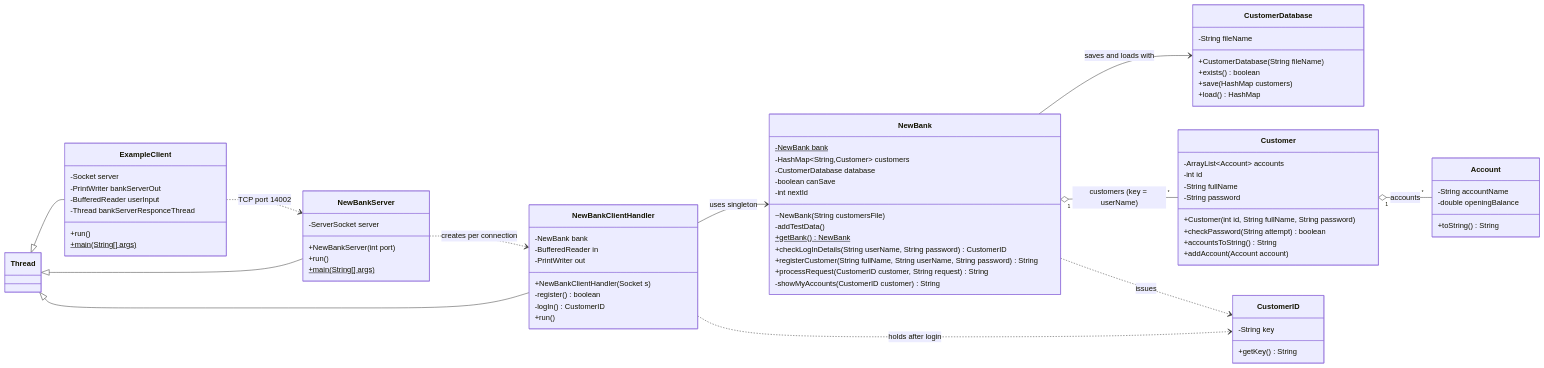
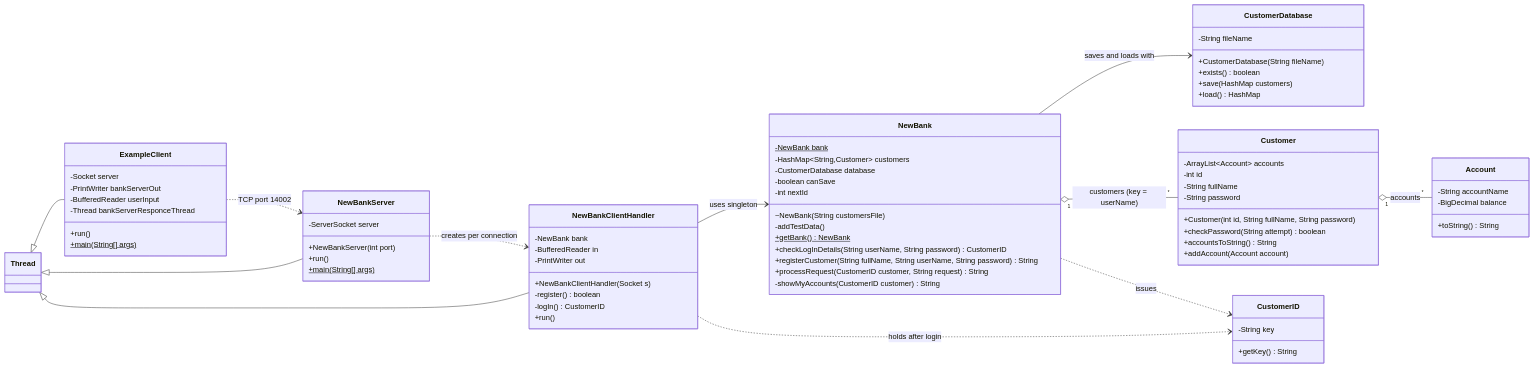
Before and after one commit to jdarguello/bath_new_bank: the third of 9 diagrams in README.md, drawn with Mermaid. The commit also changed other lines of this file and 12 other files, not shown here.

````diff
--- a/README.md
+++ b/README.md
@@ -307,80 +341,80 @@
 ```mermaid
 classDiagram
     direction LR
 
     class NewBankServer {
         -ServerSocket server
         +NewBankServer(int port)
         +run()
         +main(String[] args)$
     }
     class NewBankClientHandler {
         -NewBank bank
         -BufferedReader in
         -PrintWriter out
         +NewBankClientHandler(Socket s)
         -register() boolean
         -logIn() CustomerID
         +run()
     }
     class NewBank {
         -NewBank bank$
         -HashMap~String,Customer~ customers
         -CustomerDatabase database
         -boolean canSave
         -int nextId
         ~NewBank(String customersFile)
         -addTestData()
         +getBank()$ NewBank
         +checkLogInDetails(String userName, String password) CustomerID
         +registerCustomer(String fullName, String userName, String password) String
         +processRequest(CustomerID customer, String request) String
         -showMyAccounts(CustomerID customer) String
     }
     class CustomerDatabase {
         -String fileName
         +CustomerDatabase(String fileName)
         +exists() boolean
         +save(HashMap customers)
         +load() HashMap
     }
     class Customer {
         -ArrayList~Account~ accounts
         -int id
         -String fullName
         -String password
         +Customer(int id, String fullName, String password)
         +checkPassword(String attempt) boolean
         +accountsToString() String
         +addAccount(Account account)
     }
     class Account {
         -String accountName
-        -double openingBalance
+        -BigDecimal balance
         +toString() String
     }
     class CustomerID {
         -String key
         +getKey() String
     }
     class ExampleClient {
         -Socket server
         -PrintWriter bankServerOut
         -BufferedReader userInput
         -Thread bankServerResponceThread
         +run()
         +main(String[] args)$
     }
 
     Thread <|-- NewBankServer
     Thread <|-- NewBankClientHandler
     Thread <|-- ExampleClient
     NewBankServer ..> NewBankClientHandler : creates per connection
     NewBankClientHandler --> NewBank : uses singleton
     NewBankClientHandler ..> CustomerID : holds after login
     NewBank "1" o-- "*" Customer : customers (key = userName)
     NewBank --> CustomerDatabase : saves and loads with
     Customer "1" o-- "*" Account : accounts
     NewBank ..> CustomerID : issues
     ExampleClient ..> NewBankServer : TCP port 14002
 ```
````
